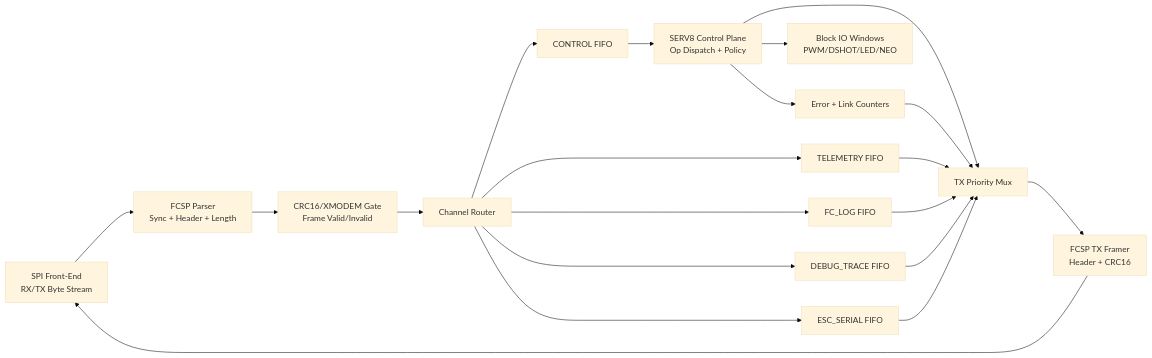
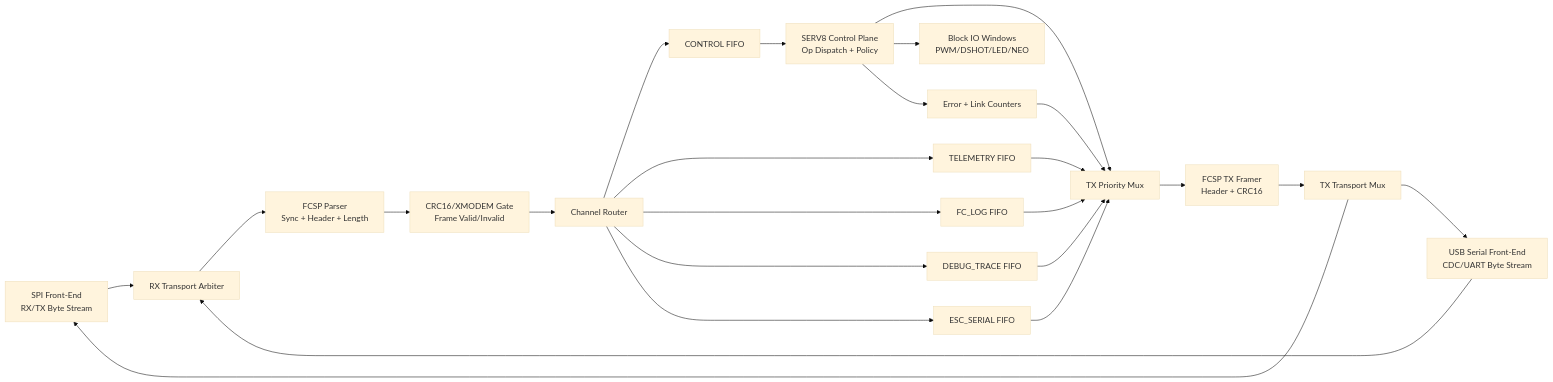
Before and after one commit to tcmichals/rt-fc-offloader: the diagram in docs/TOP_LEVEL_BLOCK_DIAGRAM.md, drawn with Mermaid (base theme). The commit also changed other lines of this file and 19 other files, not shown here.

````diff
--- a/docs/TOP_LEVEL_BLOCK_DIAGRAM.md
+++ b/docs/TOP_LEVEL_BLOCK_DIAGRAM.md
@@ -12,27 +13,31 @@
 ```mermaid
 flowchart LR
-    SPI[SPI Front-End\nRX/TX Byte Stream] --> PARSER[FCSP Parser\nSync + Header + Length]
+    SPI[SPI Front-End\nRX/TX Byte Stream] --> RXARB[RX Transport Arbiter]
+    USB[USB Serial Front-End\nCDC/UART Byte Stream] --> RXARB
+    RXARB --> PARSER[FCSP Parser\nSync + Header + Length]
     PARSER --> CRC[CRC16/XMODEM Gate\nFrame Valid/Invalid]
     CRC --> ROUTER[Channel Router]
 
     ROUTER --> Q1[CONTROL FIFO]
     ROUTER --> Q2[TELEMETRY FIFO]
     ROUTER --> Q3[FC_LOG FIFO]
     ROUTER --> Q4[DEBUG_TRACE FIFO]
     ROUTER --> Q5[ESC_SERIAL FIFO]
 
     Q1 --> SERV[SERV8 Control Plane\nOp Dispatch + Policy]
     SERV --> TXMUX[TX Priority Mux]
 
     Q2 --> TXMUX
     Q3 --> TXMUX
     Q4 --> TXMUX
     Q5 --> TXMUX
 
     TXMUX --> TXFR[FCSP TX Framer\nHeader + CRC16]
-    TXFR --> SPI
+    TXFR --> TXSEL[TX Transport Mux]
+    TXSEL --> SPI
+    TXSEL --> USB
 
     SERV --> IOSPACE[Block IO Windows\nPWM/DSHOT/LED/NEO]
     SERV --> STATUS[Error + Link Counters]
     STATUS --> TXMUX
 ```
````
